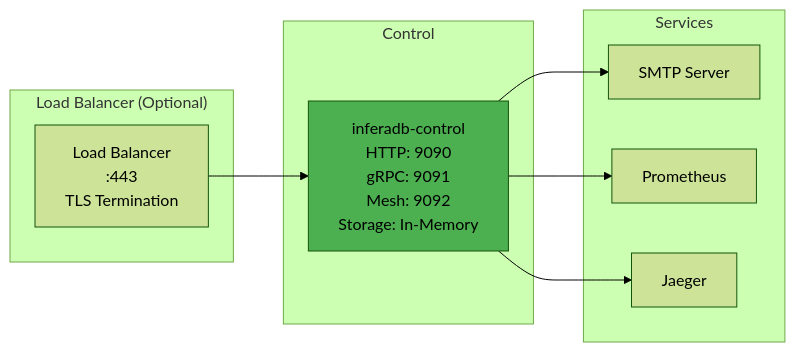
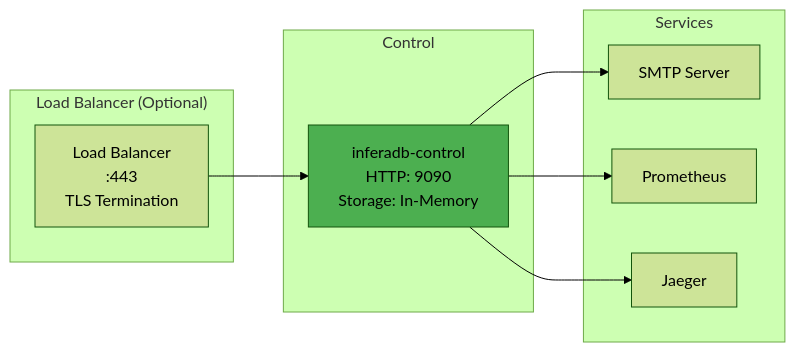
The second of 10 diagrams in docs/architecture.md (inferadb/control), drawn with Mermaid (forest theme) before and after one commit. The commit also changed other lines of this file and 49 other files, not shown here.

````diff
--- a/docs/architecture.md
+++ b/docs/architecture.md
@@ -96,23 +89,23 @@
 ```mermaid
 graph LR
     subgraph "Load Balancer (Optional)"
         LB[Load Balancer<br/>:443<br/>TLS Termination]
     end
 
     subgraph "Control"
-        API[inferadb-control<br/>HTTP: 9090<br/>gRPC: 9091<br/>Mesh: 9092<br/>Storage: In-Memory]
+        API[inferadb-control<br/>HTTP: 9090<br/>Storage: In-Memory]
     end
 
     subgraph "Services"
         SMTP[SMTP Server]
         Prom[Prometheus]
         Jaeger[Jaeger]
     end
 
     LB --> API
     API --> SMTP
     API --> Prom
     API --> Jaeger
 
     style API fill:#4CAF50
 ```
````
